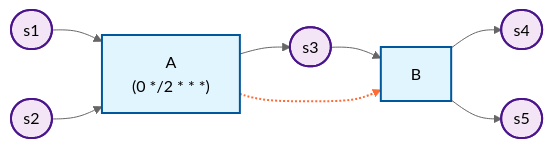
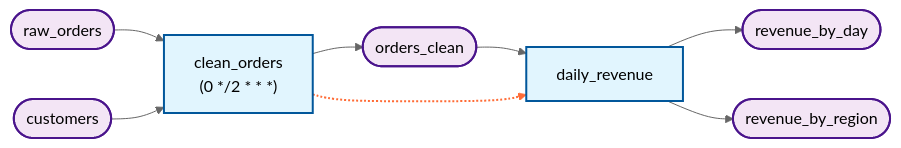
One commit to mattlianje/etl4s changed the diagram in README.md. Above: the diagram before and after it, drawn with Mermaid (neutral theme). The commit also changed other lines of this file and 17 other files, not shown here.

````diff
--- a/README.md
+++ b/README.md
@@ -371,31 +371,31 @@
 ```mermaid
 graph LR
     classDef pipeline fill:#e1f5fe,stroke:#01579b,stroke-width:2px,color:#000
     classDef dataSource fill:#f3e5f5,stroke:#4a148c,stroke-width:2px,color:#000
     classDef cluster fill:#e8f5e8,stroke:#2e7d32,stroke-width:2px,color:#000
 
-    A["A<br/>(0 */2 * * *)"]
-    B["B"]
-    s1(["s1"])
-    s2(["s2"])
-    s3(["s3"])
-    s4(["s4"])
-    s5(["s5"])
+    clean_orders["clean_orders<br/>(0 */2 * * *)"]
+    daily_revenue["daily_revenue"]
+    raw_orders(["raw_orders"])
+    customers(["customers"])
+    orders_clean(["orders_clean"])
+    revenue_by_day(["revenue_by_day"])
+    revenue_by_region(["revenue_by_region"])
 
-    s1 --> A
-    s2 --> A
-    A --> s3
-    s3 --> B
-    B --> s4
-    B --> s5
-    A -.-> B
+    raw_orders --> clean_orders
+    customers --> clean_orders
+    clean_orders --> orders_clean
+    orders_clean --> daily_revenue
+    daily_revenue --> revenue_by_day
+    daily_revenue --> revenue_by_region
+    clean_orders -.-> daily_revenue
     linkStyle 6 stroke:#ff6b35,stroke-width:2px
 
-    class A pipeline
-    class B pipeline
-    class s1 dataSource
-    class s2 dataSource
-    class s3 dataSource
-    class s4 dataSource
-    class s5 dataSource
+    class clean_orders pipeline
+    class daily_revenue pipeline
+    class raw_orders dataSource
+    class customers dataSource
+    class orders_clean dataSource
+    class revenue_by_day dataSource
+    class revenue_by_region dataSource
 ```
````
